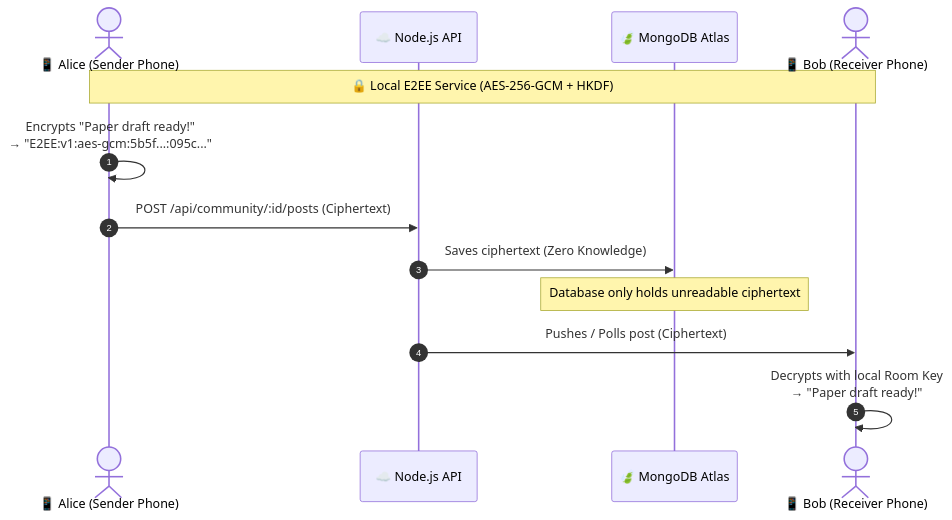
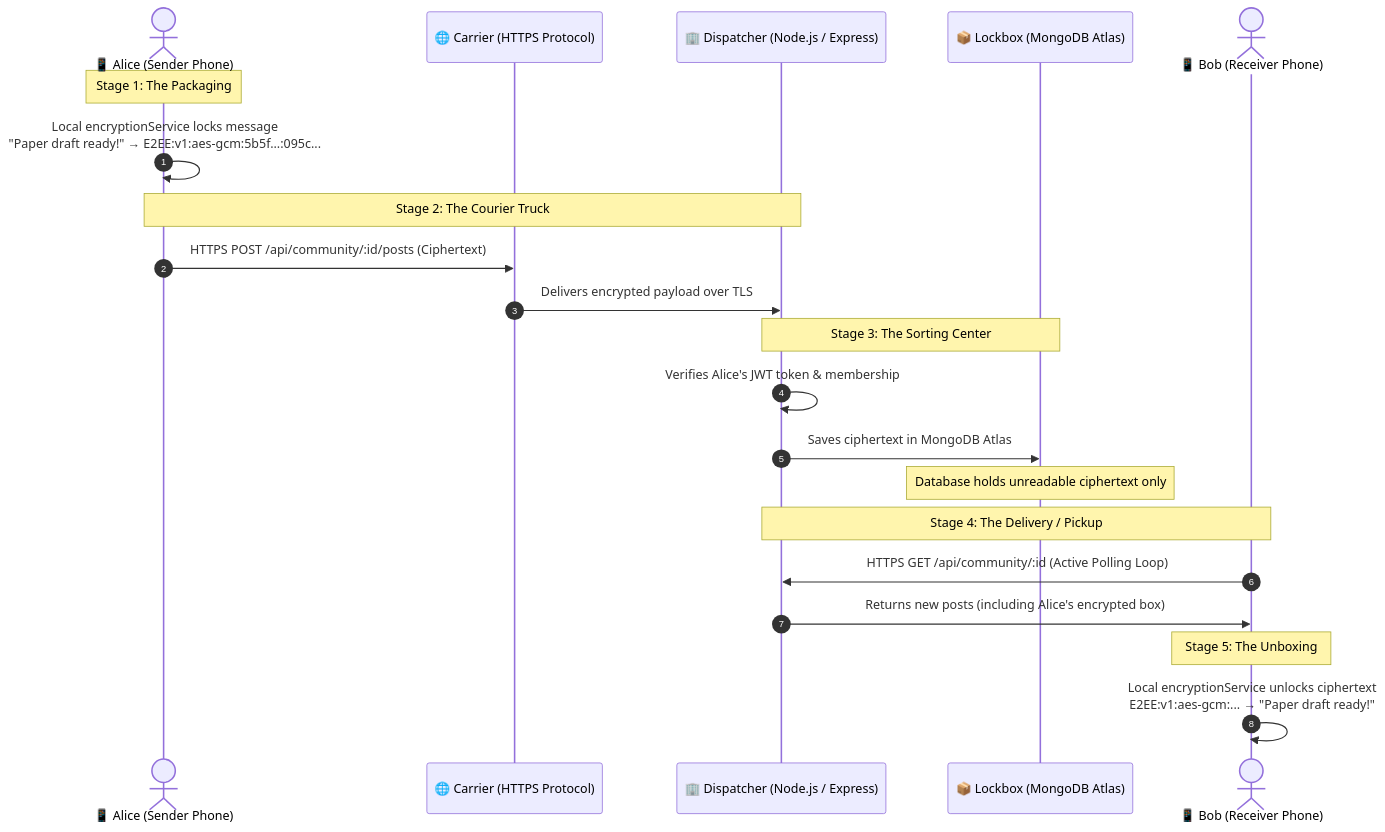
Before and after one commit to abhishek18-blog/mobile-abstracts: the third of 3 diagrams in documentation.md, drawn with Mermaid. The commit also changed other lines of this file and 1 other file, not shown here.

Commit message:
docs: add message delivery transport journey diagram, roles breakdown, and local storage architecture

````diff
--- a/documentation.md
+++ b/documentation.md
@@ -209,16 +209,28 @@
 ```mermaid
 sequenceDiagram
     autonumber
     actor Alice as 📱 Alice (Sender Phone)
-    participant Server as ☁️ Node.js API
-    participant Atlas as 🍃 MongoDB Atlas
+    participant Net as 🌐 Carrier (HTTPS Protocol)
+    participant Server as 🏢 Dispatcher (Node.js / Express)
+    participant Atlas as 📦 Lockbox (MongoDB Atlas)
     actor Bob as 📱 Bob (Receiver Phone)
 
-    Note over Alice,Bob: 🔒 Local E2EE Service (AES-256-GCM + HKDF)
-    Alice->>Alice: Encrypts "Paper draft ready!"<br/>→ "E2EE:v1:aes-gcm:5b5f...:095c..."
-    Alice->>Server: POST /api/community/:id/posts (Ciphertext)
-    Server->>Atlas: Saves ciphertext (Zero Knowledge)
-    Note over Atlas: Database only holds unreadable ciphertext
-    Server->>Bob: Pushes / Polls post (Ciphertext)
-    Bob->>Bob: Decrypts with local Room Key<br/>→ "Paper draft ready!"
+    Note over Alice: Stage 1: The Packaging
+    Alice->>Alice: Local encryptionService locks message<br/>"Paper draft ready!" → E2EE:v1:aes-gcm:5b5f...:095c...
+
+    Note over Alice,Server: Stage 2: The Courier Truck
+    Alice->>Net: HTTPS POST /api/community/:id/posts (Ciphertext)
+    Net->>Server: Delivers encrypted payload over TLS
+
+    Note over Server,Atlas: Stage 3: The Sorting Center
+    Server->>Server: Verifies Alice's JWT token & membership
+    Server->>Atlas: Saves ciphertext in MongoDB Atlas
+    Note over Atlas: Database holds unreadable ciphertext only
+
+    Note over Server,Bob: Stage 4: The Delivery / Pickup
+    Bob->>Server: HTTPS GET /api/community/:id (Active Polling Loop)
+    Server->>Bob: Returns new posts (including Alice's encrypted box)
+
+    Note over Bob: Stage 5: The Unboxing
+    Bob->>Bob: Local encryptionService unlocks ciphertext<br/>E2EE:v1:aes-gcm:... → "Paper draft ready!"
 ```
````
